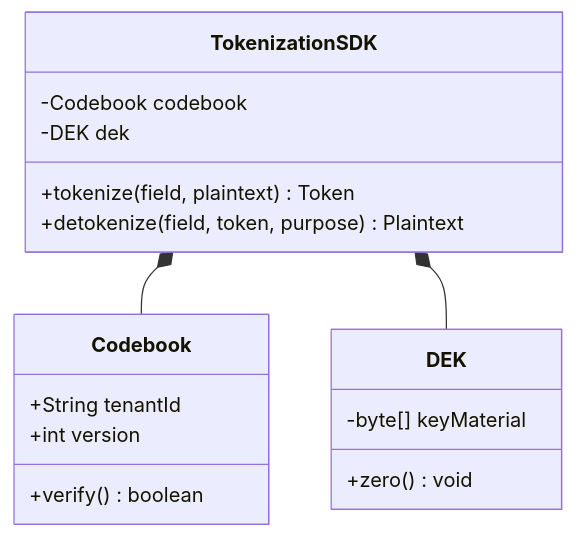
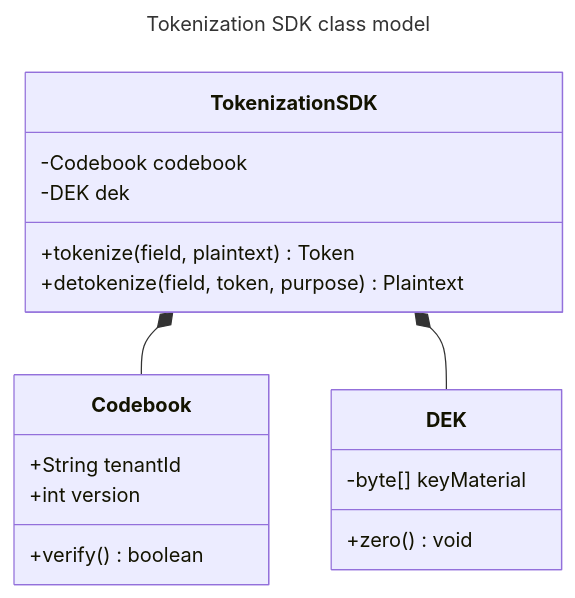
One commit to SlideWright/lattice changed the third of 25 diagrams in examples/mermaid-gallery.md. Above: the diagram before and after it, drawn with Mermaid. The commit also changed other lines of this file and 19 other files, not shown here.

````diff
--- a/examples/mermaid-gallery.md
+++ b/examples/mermaid-gallery.md
@@ -102,20 +108,23 @@
 ```mermaid
+---
+title: Tokenization SDK class model
+---
 classDiagram
   class TokenizationSDK {
     -Codebook codebook
     -DEK dek
     +tokenize(field, plaintext) Token
     +detokenize(field, token, purpose) Plaintext
   }
   class Codebook {
     +String tenantId
     +int version
     +verify() boolean
   }
   class DEK {
     -byte[] keyMaterial
     +zero() void
   }
   TokenizationSDK *-- Codebook
   TokenizationSDK *-- DEK
 ```
````
